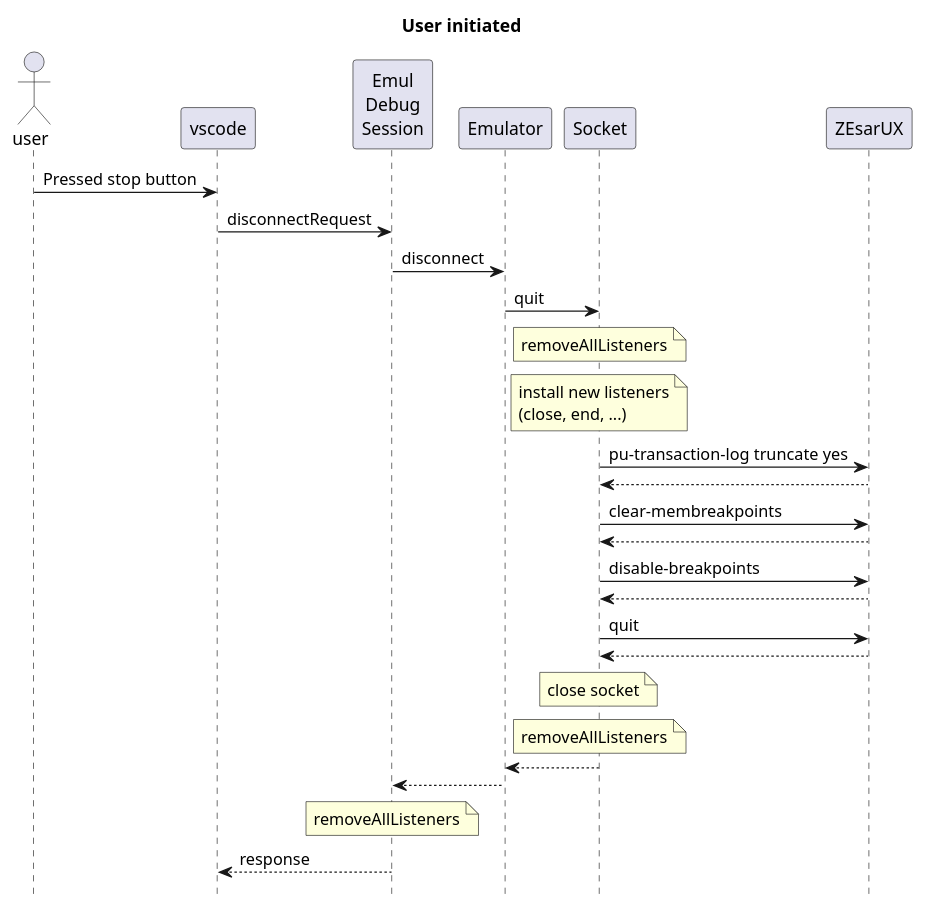
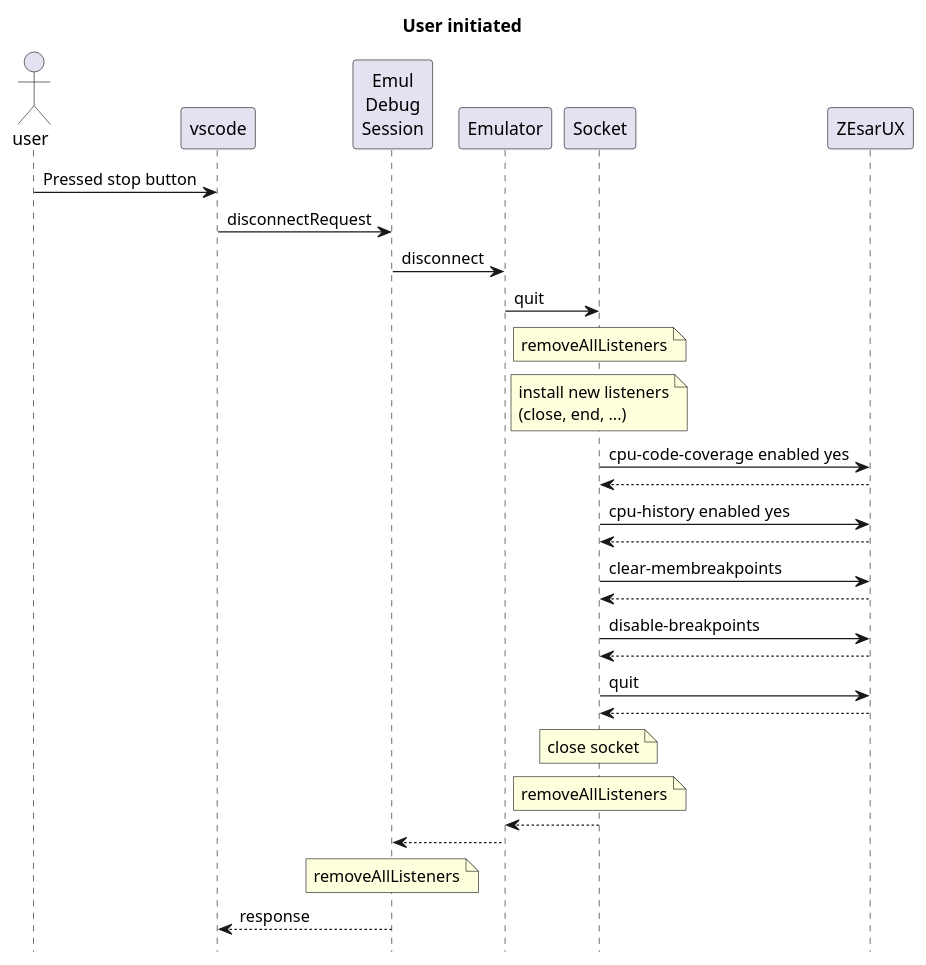
The sixth of 9 diagrams in design/design.md (maziac/DeZog), drawn with PlantUML before and after one commit. The commit also changed other lines of this file and 8 other files, not shown here.

Commit message:
Cleanup of code and documentation. (transaction-log -> cpu-history)

````diff
--- a/design/design.md
+++ b/design/design.md
@@ -342,33 +342,35 @@
 ```puml
 hide footbox
 title User initiated
 actor user
 participant vscode
 participant "Emul\nDebug\nSession" as session
 participant "Emulator" as emul
 participant "Socket" as socket
 participant "ZEsarUX" as zesarux
 
 user -> vscode: Pressed stop button
 vscode -> session: disconnectRequest
 session -> emul: disconnect
 emul -> socket: quit
 note over socket: removeAllListeners
 note over socket: install new listeners\n(close, end, ...)
 
-socket -> zesarux: pu-transaction-log truncate yes
+socket -> zesarux: cpu-code-coverage enabled yes
+socket <-- zesarux
+socket -> zesarux: cpu-history enabled yes
 socket <-- zesarux
 socket -> zesarux: clear-membreakpoints
 socket <-- zesarux
 socket -> zesarux: disable-breakpoints
 socket <-- zesarux
 socket -> zesarux: quit
 socket <-- zesarux
 note over socket: close socket
 note over socket: removeAllListeners
 emul <-- socket
 
 session <-- emul
 note over session: removeAllListeners
 vscode <-- session: response
 ```
````
